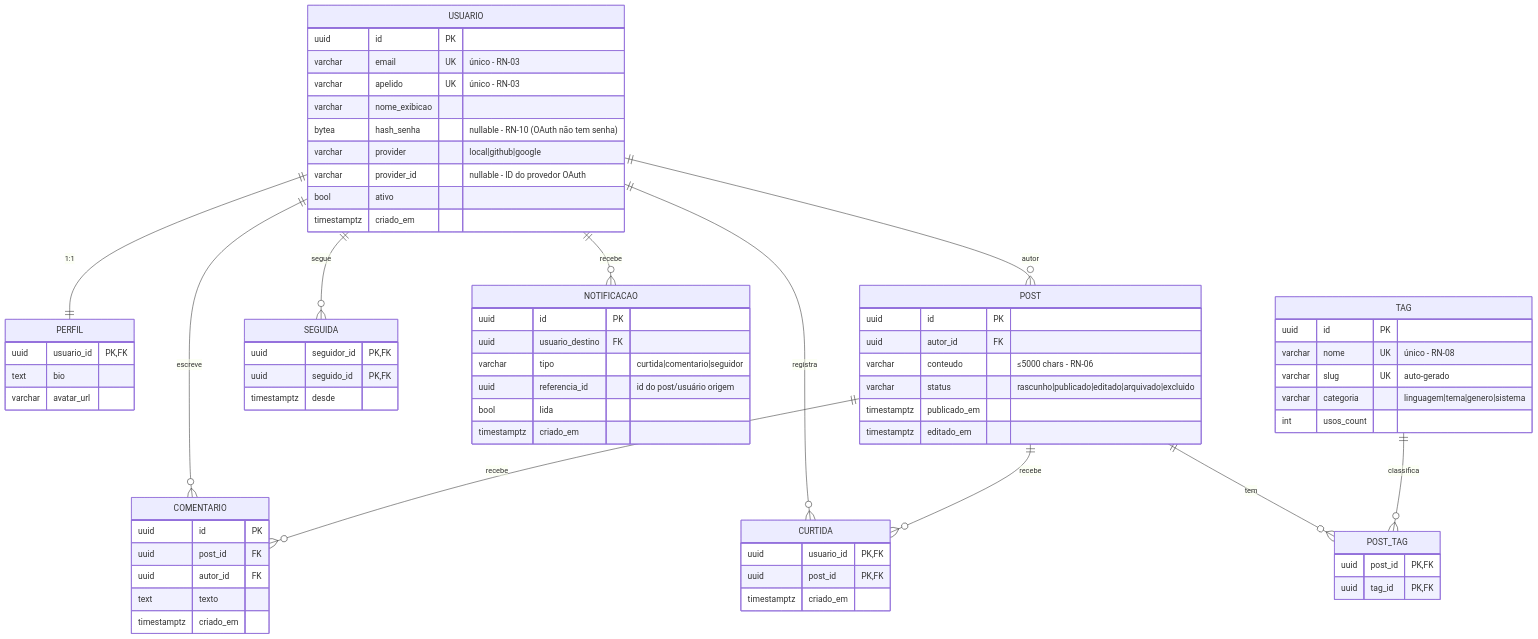
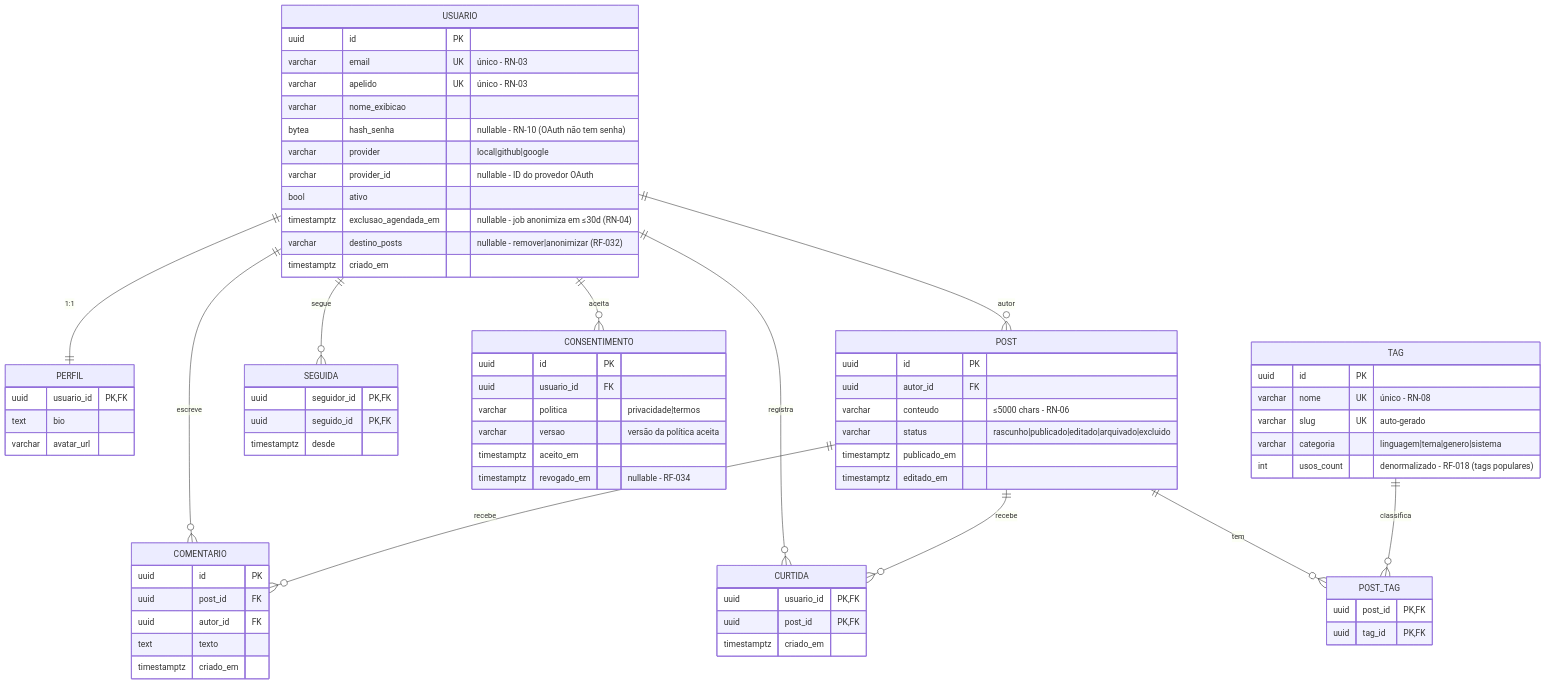
One commit to Agora-s-Space/Social.Agora changed the first of 2 diagrams in Agora.Docs/02 Modelagem/Modelo de Dados (ER).md. Above: the diagram before and after it, drawn with Mermaid. The commit also changed other lines of this file and 8 other files, not shown here.

````diff
--- a/Agora.Docs/02 Modelagem/Modelo de Dados (ER).md
+++ b/Agora.Docs/02 Modelagem/Modelo de Dados (ER).md
@@ -19,74 +19,76 @@
 ```mermaid
 erDiagram
     USUARIO ||--|| PERFIL : "1:1"
     USUARIO ||--o{ POST : "autor"
     USUARIO ||--o{ COMENTARIO : "escreve"
     USUARIO ||--o{ CURTIDA : "registra"
     POST   ||--o{ COMENTARIO : "recebe"
     POST   ||--o{ CURTIDA : "recebe"
     USUARIO ||--o{ SEGUIDA : "segue"
-    USUARIO ||--o{ NOTIFICACAO : "recebe"
+    USUARIO ||--o{ CONSENTIMENTO : "aceita"
     POST   ||--o{ POST_TAG : "tem"
     TAG    ||--o{ POST_TAG : "classifica"
 
     USUARIO {
         uuid id PK
         varchar email UK "único - RN-03"
         varchar apelido UK "único - RN-03"
         varchar nome_exibicao
         bytea hash_senha "nullable - RN-10 (OAuth não tem senha)"
         varchar provider "local|github|google"
         varchar provider_id "nullable - ID do provedor OAuth"
         bool ativo
+        timestamptz exclusao_agendada_em "nullable - job anonimiza em ≤30d (RN-04)"
+        varchar destino_posts "nullable - remover|anonimizar (RF-032)"
         timestamptz criado_em
     }
     PERFIL {
         uuid usuario_id PK, FK
         text bio
         varchar avatar_url
     }
     POST {
         uuid id PK
         uuid autor_id FK
         varchar conteudo "≤5000 chars - RN-06"
         varchar status "rascunho|publicado|editado|arquivado|excluido"
         timestamptz publicado_em
         timestamptz editado_em
     }
     COMENTARIO {
         uuid id PK
         uuid post_id FK
         uuid autor_id FK
         text texto
         timestamptz criado_em
     }
     CURTIDA {
         uuid usuario_id PK, FK
         uuid post_id PK, FK
         timestamptz criado_em
     }
     SEGUIDA {
         uuid seguidor_id PK, FK
         uuid seguido_id PK, FK
         timestamptz desde
     }
-    NOTIFICACAO {
+    CONSENTIMENTO {
         uuid id PK
-        uuid usuario_destino FK
-        varchar tipo "curtida|comentario|seguidor"
-        uuid referencia_id "id do post/usuário origem"
-        bool lida
-        timestamptz criado_em
+        uuid usuario_id FK
+        varchar politica "privacidade|termos"
+        varchar versao "versão da política aceita"
+        timestamptz aceito_em
+        timestamptz revogado_em "nullable - RF-034"
     }
     TAG {
         uuid id PK
         varchar nome UK "único - RN-08"
         varchar slug UK "auto-gerado"
         varchar categoria "linguagem|tema|genero|sistema"
-        int usos_count
+        int usos_count "denormalizado - RF-018 (tags populares)"
     }
     POST_TAG {
         uuid post_id PK, FK
         uuid tag_id PK, FK
     }
 ```
````
